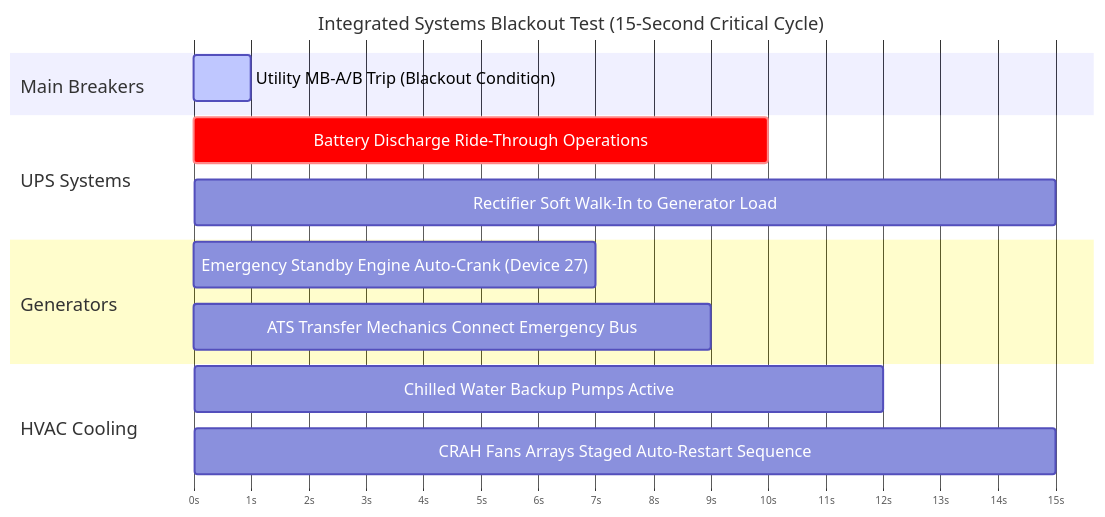
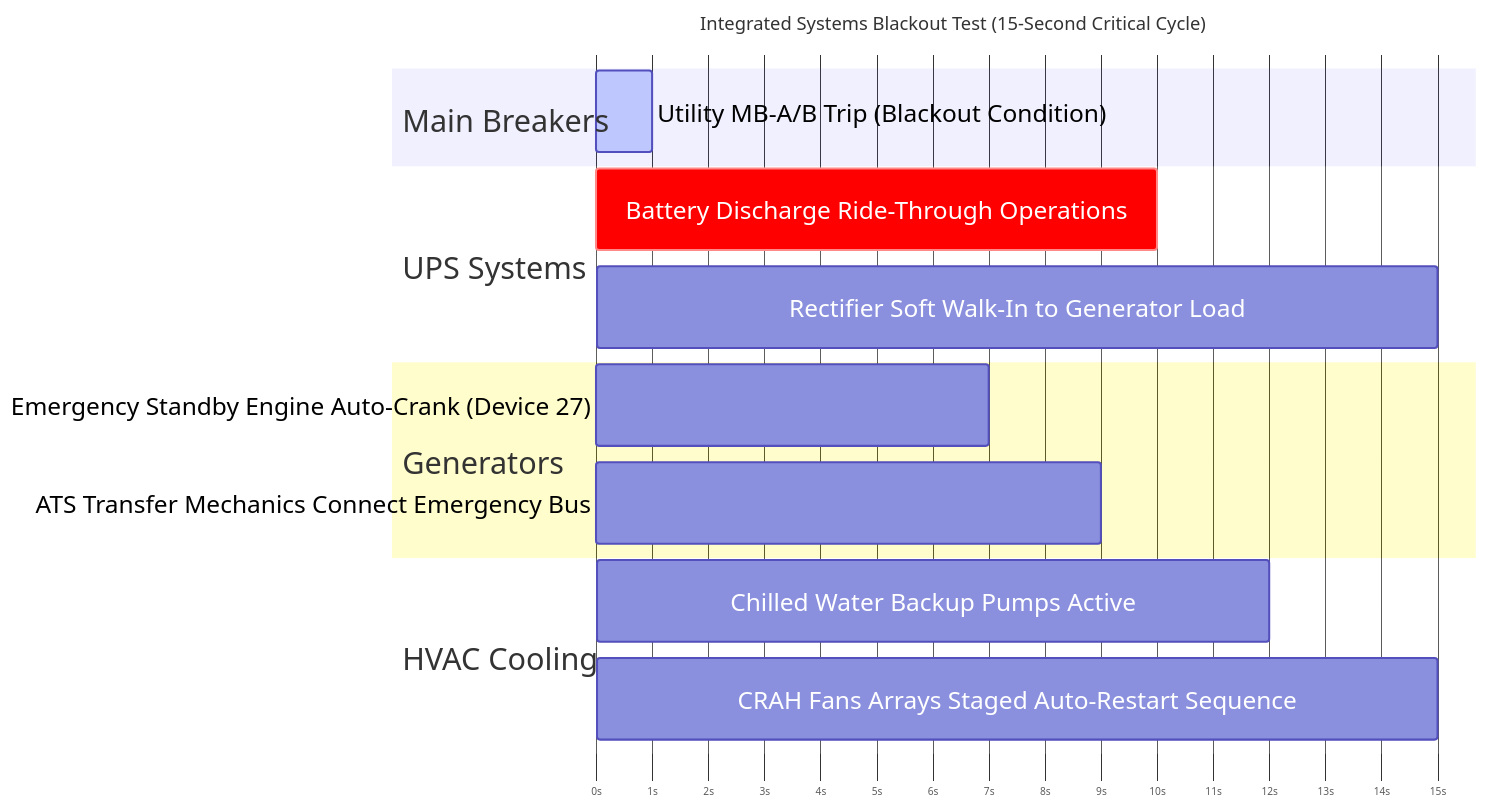
Before and after one commit to Mariamario/mission-critical-portfolio: the diagram in docs/commissioning/level1-5-framework.md, drawn with Mermaid.

Commit message:
Force the increase in size of the horizontal axis,Title, leftPadding, barHeight and sectionFontSize

````diff
--- a/docs/commissioning/level1-5-framework.md
+++ b/docs/commissioning/level1-5-framework.md
@@ -34,23 +34,35 @@
 ```mermaid
-%%{init: {'gantt': {'axisFormat': '%S', 'topPadding': 50, 'leftPadding': 180, 'barHeight': 45, 'barGap': 16, 'sidePadding': 60, 'fontSize': 16, 'sectionFontSize': 18}}}%%
+%%{init: {
+  'themeCSS': '.tick text { font-size: 24px !important; } .titleText { font-size: 36px !important; font-weight: bold; }',
+  'gantt': {
+    'titleTopMargin': 35,
+    'axisFormat': '%S',
+    'topPadding': 75,
+    'leftPadding': 200,
+    'barHeight': 80,
+    'barGap': 16,
+    'sidePadding': 60,
+    'fontSize': 24,
+    'sectionFontSize': 30
+  }
+}}%%
 gantt
     title Integrated Systems Blackout Test (15-Second Critical Cycle)
     dateFormat  X
     axisFormat %ss
 
     section Main Breakers
     Utility MB-A/B Trip (Blackout Condition) :active, 0, 1
 
     section UPS Systems
     Battery Discharge Ride-Through Operations :crit, 0, 10
     Rectifier Soft Walk-In to Generator Load : 10, 15
 
     section Generators
     Emergency Standby Engine Auto-Crank (Device 27) : 1, 7
     ATS Transfer Mechanics Connect Emergency Bus : 7, 9
 
     section HVAC Cooling
     Chilled Water Backup Pumps Active : 10, 12
     CRAH Fans Arrays Staged Auto-Restart Sequence : 12, 15
-
 ```
````
